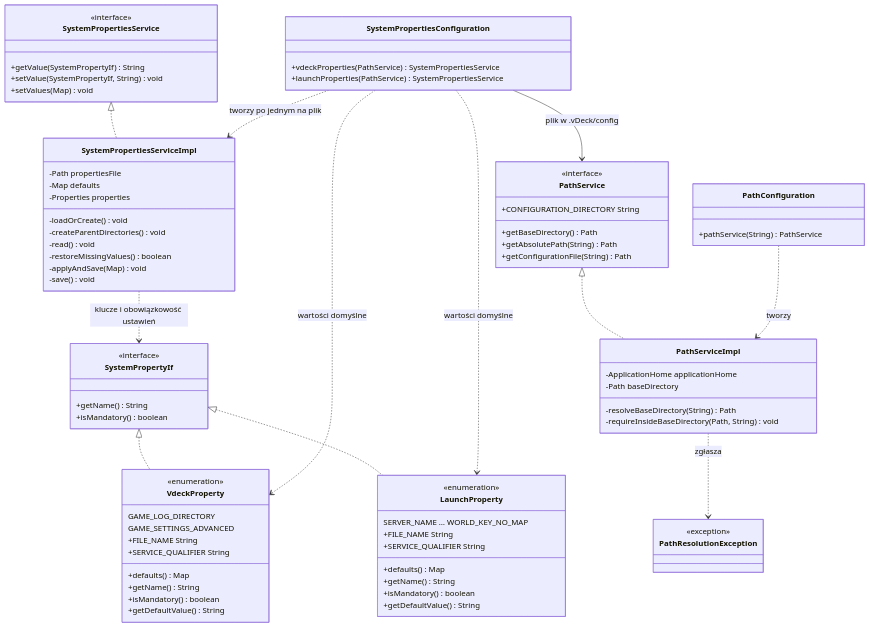
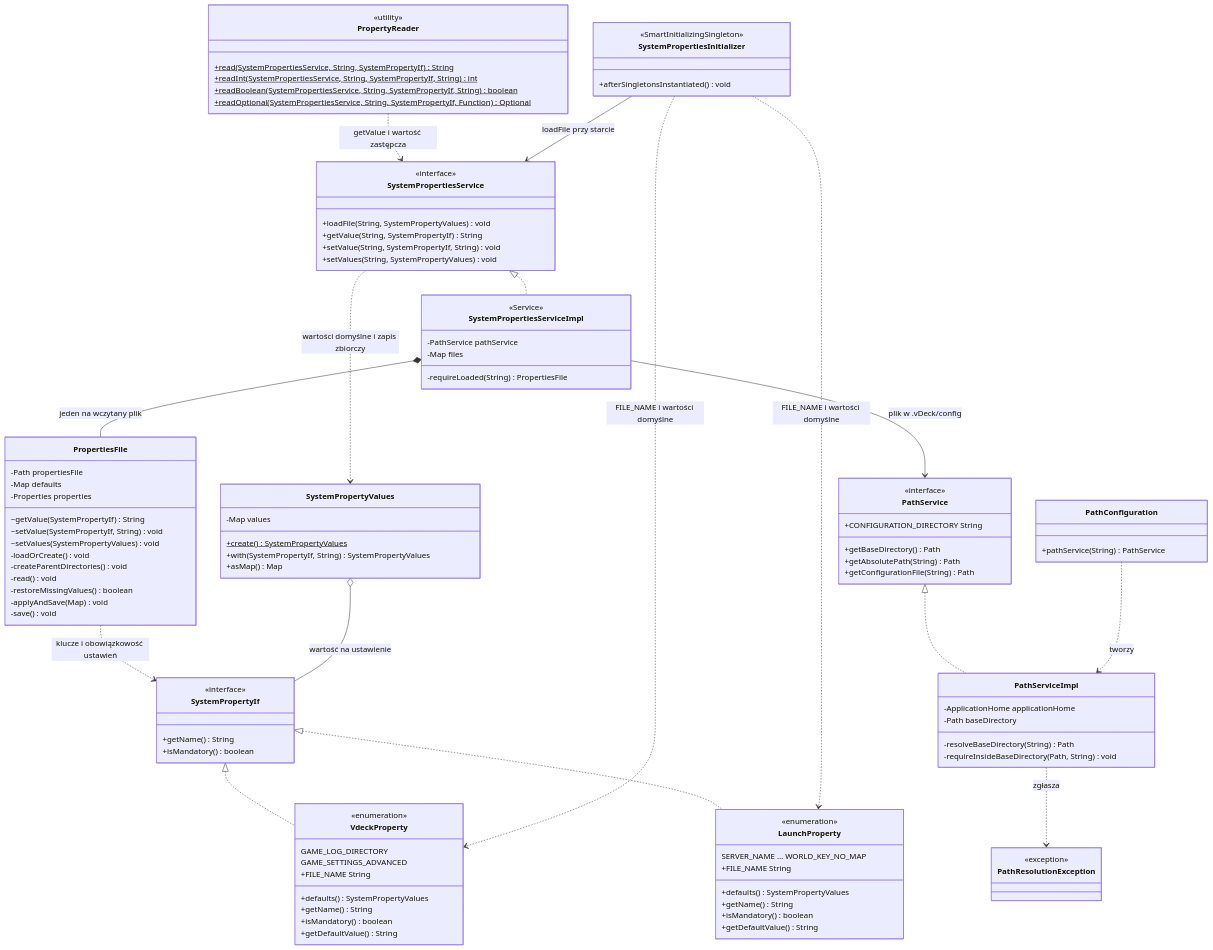
The diagram in dokumentacja/diagramy/wspolne/klasy-konfiguracja.mmd (Pplociennik/vDeck), drawn with Mermaid before and after one commit. The commit also changed 74 other files, not shown here.

Commit message:
[VDEC-6] ADD: Create a panel for server properties management.

```diff
--- a/dokumentacja/diagramy/wspolne/klasy-konfiguracja.mmd
+++ b/dokumentacja/diagramy/wspolne/klasy-konfiguracja.mmd
@@ -1,91 +1,119 @@
 %% Diagram klas: infrastruktura konfiguracji i rozwiązywania ścieżek
 classDiagram
     direction TB
 
     class SystemPropertyIf {
         <<interface>>
         +getName() String
         +isMandatory() boolean
     }
 
     class VdeckProperty {
         <<enumeration>>
         GAME_LOG_DIRECTORY
         GAME_SETTINGS_ADVANCED
         +FILE_NAME String
-        +SERVICE_QUALIFIER String
-        +defaults() Map
+        +defaults() SystemPropertyValues
         +getName() String
         +isMandatory() boolean
         +getDefaultValue() String
     }
 
     class LaunchProperty {
         <<enumeration>>
         SERVER_NAME … WORLD_KEY_NO_MAP
         +FILE_NAME String
-        +SERVICE_QUALIFIER String
-        +defaults() Map
+        +defaults() SystemPropertyValues
         +getName() String
         +isMandatory() boolean
         +getDefaultValue() String
     }
 
+    class SystemPropertyValues {
+        -Map values
+        +create()$ SystemPropertyValues
+        +with(SystemPropertyIf, String) SystemPropertyValues
+        +asMap() Map
+    }
+
+    class PropertyReader {
+        <<utility>>
+        +read(SystemPropertiesService, String, SystemPropertyIf)$ String
+        +readInt(SystemPropertiesService, String, SystemPropertyIf, String)$ int
+        +readBoolean(SystemPropertiesService, String, SystemPropertyIf, String)$ boolean
+        +readOptional(SystemPropertiesService, String, SystemPropertyIf, Function)$ Optional
+    }
+
     class SystemPropertiesService {
         <<interface>>
-        +getValue(SystemPropertyIf) String
-        +setValue(SystemPropertyIf, String) void
-        +setValues(Map) void
+        +loadFile(String, SystemPropertyValues) void
+        +getValue(String, SystemPropertyIf) String
+        +setValue(String, SystemPropertyIf, String) void
+        +setValues(String, SystemPropertyValues) void
     }
 
     class SystemPropertiesServiceImpl {
+        <<Service>>
+        -PathService pathService
+        -Map files
+        -requireLoaded(String) PropertiesFile
+    }
+
+    class PropertiesFile {
         -Path propertiesFile
         -Map defaults
         -Properties properties
+        ~getValue(SystemPropertyIf) String
+        ~setValue(SystemPropertyIf, String) void
+        ~setValues(SystemPropertyValues) void
         -loadOrCreate() void
         -createParentDirectories() void
         -read() void
         -restoreMissingValues() boolean
         -applyAndSave(Map) void
         -save() void
     }
 
     class PathService {
         <<interface>>
         +CONFIGURATION_DIRECTORY String
         +getBaseDirectory() Path
         +getAbsolutePath(String) Path
         +getConfigurationFile(String) Path
     }
 
     class PathServiceImpl {
         -ApplicationHome applicationHome
         -Path baseDirectory
         -resolveBaseDirectory(String) Path
         -requireInsideBaseDirectory(Path, String) void
     }
 
     class PathResolutionException {
         <<exception>>
     }
 
     class PathConfiguration {
         +pathService(String) PathService
     }
 
-    class SystemPropertiesConfiguration {
-        +vdeckProperties(PathService) SystemPropertiesService
-        +launchProperties(PathService) SystemPropertiesService
+    class SystemPropertiesInitializer {
+        <<SmartInitializingSingleton>>
+        +afterSingletonsInstantiated() void
     }
 
     SystemPropertyIf <|.. VdeckProperty
     SystemPropertyIf <|.. LaunchProperty
     SystemPropertiesService <|.. SystemPropertiesServiceImpl
-    SystemPropertiesServiceImpl ..> SystemPropertyIf : klucze i obowiązkowość ustawień
+    SystemPropertiesServiceImpl *-- PropertiesFile : jeden na wczytany plik
+    SystemPropertiesServiceImpl --> PathService : plik w .vDeck/config
+    PropertiesFile ..> SystemPropertyIf : klucze i obowiązkowość ustawień
+    SystemPropertyValues o-- SystemPropertyIf : wartość na ustawienie
+    SystemPropertiesService ..> SystemPropertyValues : wartości domyślne i zapis zbiorczy
+    PropertyReader ..> SystemPropertiesService : getValue i wartość zastępcza
     PathService <|.. PathServiceImpl
     PathServiceImpl ..> PathResolutionException : zgłasza
     PathConfiguration ..> PathServiceImpl : tworzy
-    SystemPropertiesConfiguration ..> SystemPropertiesServiceImpl : tworzy po jednym na plik
-    SystemPropertiesConfiguration --> PathService : plik w .vDeck/config
-    SystemPropertiesConfiguration ..> VdeckProperty : wartości domyślne
-    SystemPropertiesConfiguration ..> LaunchProperty : wartości domyślne
+    SystemPropertiesInitializer --> SystemPropertiesService : loadFile przy starcie
+    SystemPropertiesInitializer ..> VdeckProperty : FILE_NAME i wartości domyślne
+    SystemPropertiesInitializer ..> LaunchProperty : FILE_NAME i wartości domyślne
```
